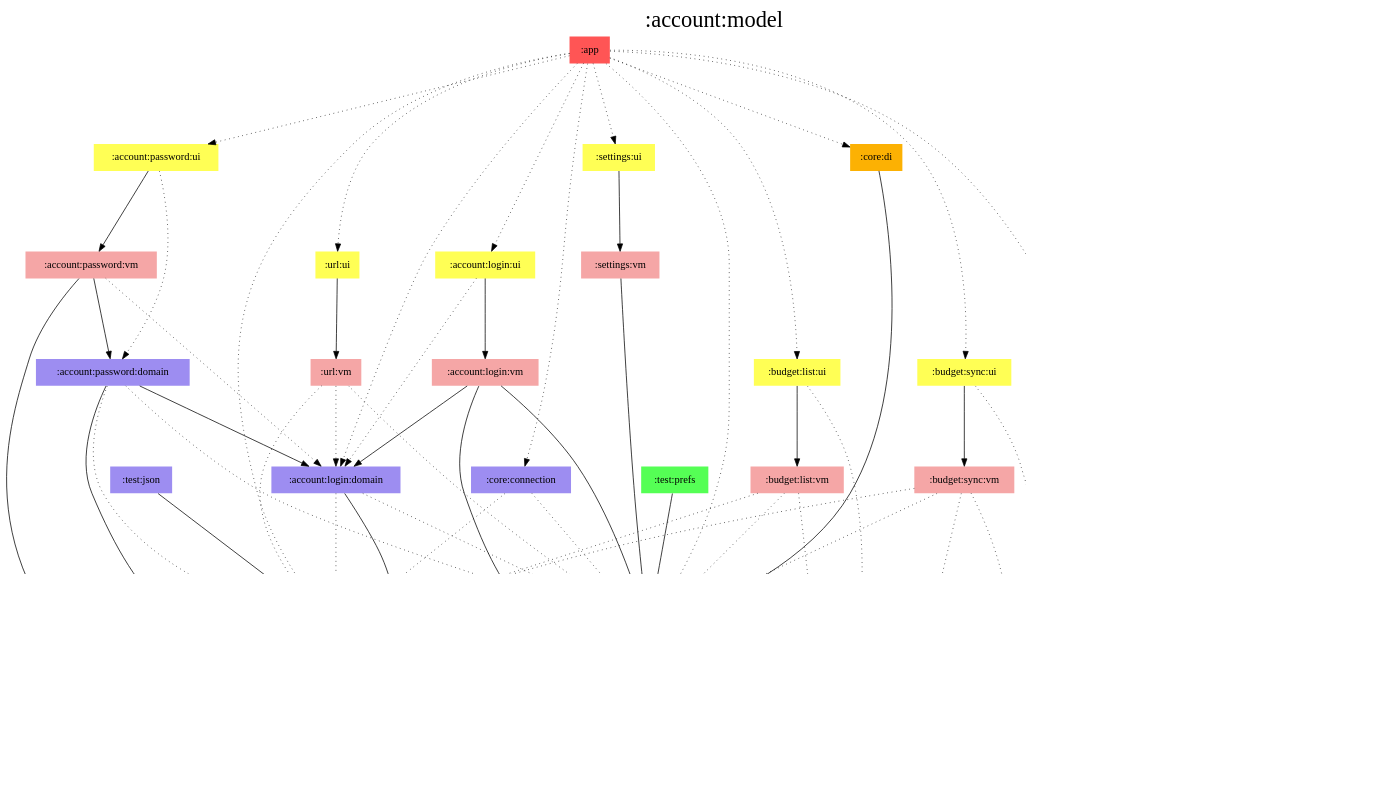
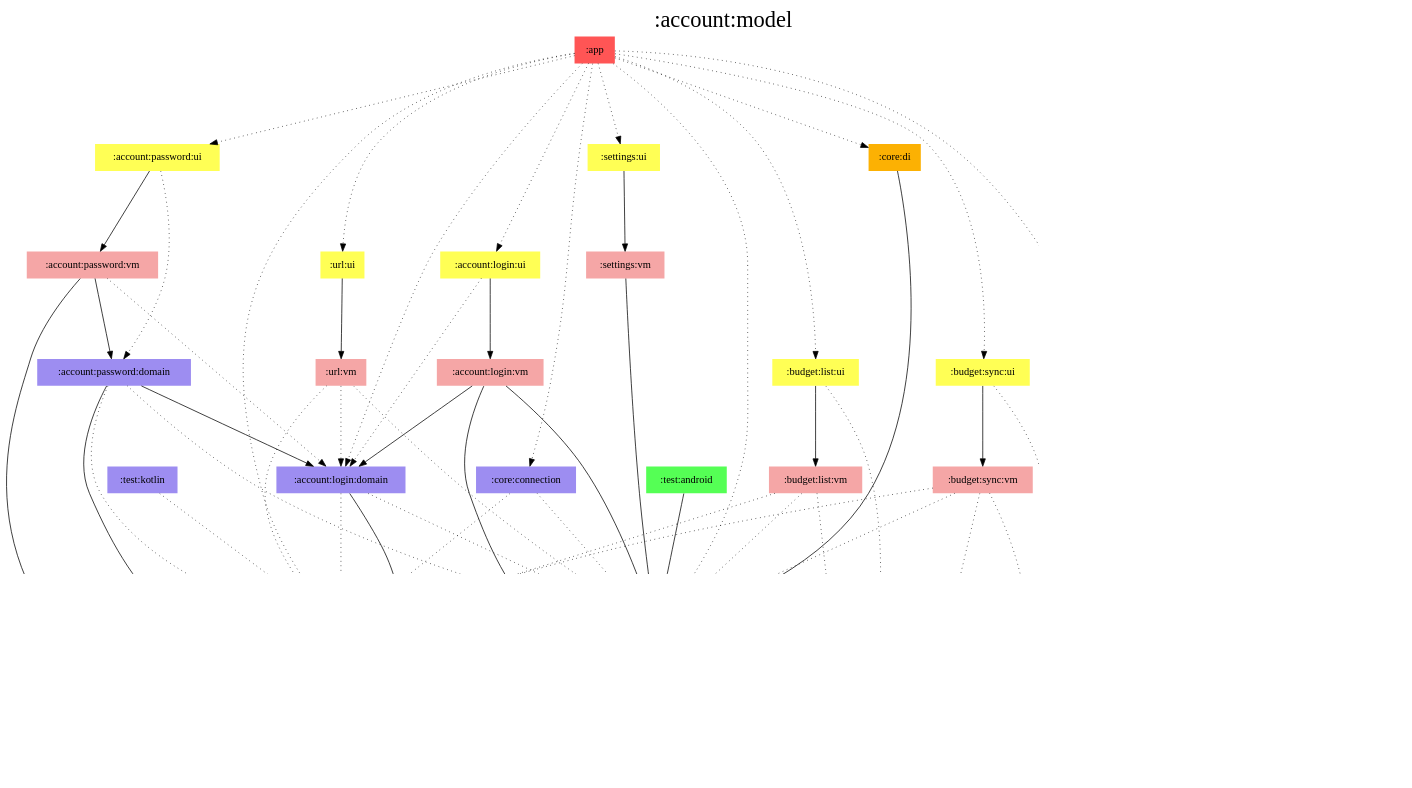
One commit to jonapoul/aktual changed the diagram in modules/account/model/modules.dot. Above: the diagram before and after it, drawn with Graphviz. The commit also changed 88 other files, not shown here.

```diff
--- a/modules/account/model/modules.dot
+++ b/modules/account/model/modules.dot
@@ -1,106 +1,106 @@
 digraph {
 edge ["dir"="forward"]
 graph ["dpi"="100","label"=":account:model","labelloc"="t","fontsize"="30","ranksep"="1.5","rankdir"="TB"]
 node ["style"="filled"]
 ":account:login:domain" ["fillcolor"="#9D8DF1","shape"="none"]
 ":account:login:ui" ["fillcolor"="#FFFF55","shape"="none"]
 ":account:login:vm" ["fillcolor"="#F5A6A6","shape"="none"]
 ":account:model" ["fillcolor"="#9D8DF1","color"="black","penwidth"="3","shape"="box"]
 ":account:password:domain" ["fillcolor"="#9D8DF1","shape"="none"]
 ":account:password:ui" ["fillcolor"="#FFFF55","shape"="none"]
 ":account:password:vm" ["fillcolor"="#F5A6A6","shape"="none"]
 ":api:actual" ["fillcolor"="#9D8DF1","shape"="none"]
 ":app" ["fillcolor"="#FF5555","shape"="none"]
 ":budget:encryption" ["fillcolor"="#9D8DF1","shape"="none"]
 ":budget:list:ui" ["fillcolor"="#FFFF55","shape"="none"]
 ":budget:list:vm" ["fillcolor"="#F5A6A6","shape"="none"]
 ":budget:sync:ui" ["fillcolor"="#FFFF55","shape"="none"]
 ":budget:sync:vm" ["fillcolor"="#F5A6A6","shape"="none"]
 ":budget:transactions:ui" ["fillcolor"="#FFFF55","shape"="none"]
 ":budget:transactions:vm" ["fillcolor"="#F5A6A6","shape"="none"]
 ":core:connection" ["fillcolor"="#9D8DF1","shape"="none"]
 ":core:di" ["fillcolor"="#FCB103","shape"="none"]
 ":prefs" ["fillcolor"="#9D8DF1","shape"="none"]
 ":settings:ui" ["fillcolor"="#FFFF55","shape"="none"]
 ":settings:vm" ["fillcolor"="#F5A6A6","shape"="none"]
-":test:json" ["fillcolor"="#9D8DF1","shape"="none"]
-":test:prefs" ["fillcolor"="#55FF55","shape"="none"]
+":test:android" ["fillcolor"="#55FF55","shape"="none"]
+":test:kotlin" ["fillcolor"="#9D8DF1","shape"="none"]
 ":url:ui" ["fillcolor"="#FFFF55","shape"="none"]
 ":url:vm" ["fillcolor"="#F5A6A6","shape"="none"]
 {
 edge ["dir"="none"]
 graph ["rank"="same"]
 ":account:model"
 }
 ":account:login:domain" -> ":account:model"
 ":account:login:domain" -> ":api:actual" ["style"="dotted"]
 ":account:login:domain" -> ":prefs" ["style"="dotted"]
 ":account:login:ui" -> ":account:login:domain" ["style"="dotted"]
 ":account:login:ui" -> ":account:login:vm"
 ":account:login:vm" -> ":account:login:domain"
 ":account:login:vm" -> ":account:model"
 ":account:login:vm" -> ":prefs"
 ":account:password:domain" -> ":account:login:domain"
 ":account:password:domain" -> ":account:model"
 ":account:password:domain" -> ":api:actual" ["style"="dotted"]
 ":account:password:domain" -> ":prefs" ["style"="dotted"]
 ":account:password:ui" -> ":account:password:domain" ["style"="dotted"]
 ":account:password:ui" -> ":account:password:vm"
 ":account:password:vm" -> ":account:login:domain" ["style"="dotted"]
 ":account:password:vm" -> ":account:model"
 ":account:password:vm" -> ":account:password:domain"
 ":api:actual" -> ":account:model"
 ":app" -> ":account:login:domain" ["style"="dotted"]
 ":app" -> ":account:login:ui" ["style"="dotted"]
 ":app" -> ":account:password:ui" ["style"="dotted"]
 ":app" -> ":api:actual" ["style"="dotted"]
 ":app" -> ":budget:list:ui" ["style"="dotted"]
 ":app" -> ":budget:sync:ui" ["style"="dotted"]
 ":app" -> ":budget:transactions:ui" ["style"="dotted"]
 ":app" -> ":core:connection" ["style"="dotted"]
 ":app" -> ":core:di" ["style"="dotted"]
 ":app" -> ":prefs" ["style"="dotted"]
 ":app" -> ":settings:ui" ["style"="dotted"]
 ":app" -> ":url:ui" ["style"="dotted"]
 ":budget:encryption" -> ":account:model"
 ":budget:list:ui" -> ":account:model" ["style"="dotted"]
 ":budget:list:ui" -> ":budget:list:vm"
 ":budget:list:vm" -> ":account:model" ["style"="dotted"]
 ":budget:list:vm" -> ":api:actual" ["style"="dotted"]
 ":budget:list:vm" -> ":prefs" ["style"="dotted"]
 ":budget:sync:ui" -> ":account:model" ["style"="dotted"]
 ":budget:sync:ui" -> ":budget:sync:vm"
 ":budget:sync:vm" -> ":account:model" ["style"="dotted"]
 ":budget:sync:vm" -> ":api:actual" ["style"="dotted"]
 ":budget:sync:vm" -> ":budget:encryption" ["style"="dotted"]
 ":budget:sync:vm" -> ":prefs" ["style"="dotted"]
 ":budget:transactions:ui" -> ":account:model" ["style"="dotted"]
 ":budget:transactions:ui" -> ":budget:transactions:vm"
 ":budget:transactions:vm" -> ":account:model" ["style"="dotted"]
 ":core:connection" -> ":api:actual" ["style"="dotted"]
 ":core:connection" -> ":prefs" ["style"="dotted"]
 ":core:di" -> ":prefs"
 ":prefs" -> ":account:model"
 ":settings:ui" -> ":settings:vm"
 ":settings:vm" -> ":prefs"
-":test:json" -> ":api:actual"
-":test:prefs" -> ":prefs"
+":test:android" -> ":prefs"
+":test:kotlin" -> ":api:actual" ["style"="dotted"]
 ":url:ui" -> ":url:vm"
 ":url:vm" -> ":account:login:domain" ["style"="dotted"]
 ":url:vm" -> ":api:actual" ["style"="dotted"]
 ":url:vm" -> ":prefs" ["style"="dotted"]
 subgraph "cluster_legend" {
 edge ["dir"="none"]
 graph ["label"="Legend","fontsize"="20"]
 "Legend" ["style"="filled","fillcolor"="#FFFFFF","shape"="none","margin"="0","fontsize"="15","label"=<
 <TABLE BORDER="0" CELLBORDER="0" CELLSPACING="0" CELLPADDING="4">
 <TR><TD>App</TD><TD BGCOLOR="#FF5555">module-name</TD></TR>
 <TR><TD>ViewModel</TD><TD BGCOLOR="#F5A6A6">module-name</TD></TR>
 <TR><TD>Hilt</TD><TD BGCOLOR="#FCB103">module-name</TD></TR>
 <TR><TD>Compose</TD><TD BGCOLOR="#FFFF55">module-name</TD></TR>
 <TR><TD>Android</TD><TD BGCOLOR="#55FF55">module-name</TD></TR>
 <TR><TD>Multiplatform</TD><TD BGCOLOR="#9D8DF1">module-name</TD></TR>
 </TABLE>
 >]
 } -> ":account:model" ["style"="invis"]
 }
```
